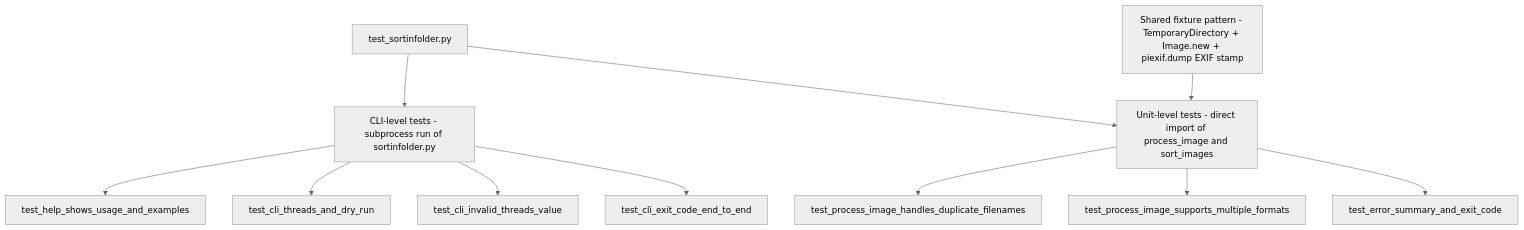
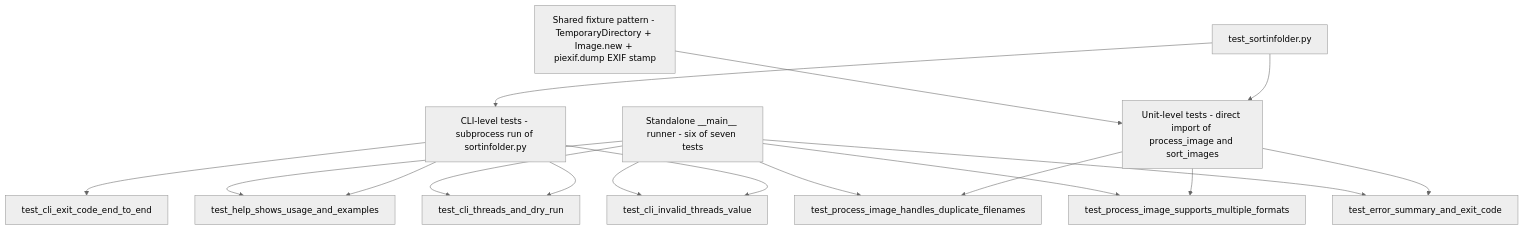
One commit to ulbi/SortImages changed the diagram in openwiki/testing/test-suite.md. Above: the diagram before and after it, drawn with Mermaid (neutral theme). The commit also changed other lines of this file and 16 other files, not shown here.

````diff
--- a/openwiki/testing/test-suite.md
+++ b/openwiki/testing/test-suite.md
@@ -27,13 +27,19 @@
 ```mermaid
 flowchart TD
     T["test_sortinfolder.py"] --> CLI["CLI-level tests - subprocess run of sortinfolder.py"]
     T --> UNIT["Unit-level tests - direct import of process_image and sort_images"]
     FIX["Shared fixture pattern - TemporaryDirectory + Image.new + piexif.dump EXIF stamp"] --> UNIT
     CLI --> HELP["test_help_shows_usage_and_examples"]
     CLI --> DRY["test_cli_threads_and_dry_run"]
     CLI --> INV["test_cli_invalid_threads_value"]
     CLI --> E2E["test_cli_exit_code_end_to_end"]
     UNIT --> DUP["test_process_image_handles_duplicate_filenames"]
     UNIT --> FMT["test_process_image_supports_multiple_formats"]
     UNIT --> ERR["test_error_summary_and_exit_code"]
+    RUN["Standalone __main__ runner - six of seven tests"] --> HELP
+    RUN --> DRY
+    RUN --> INV
+    RUN --> DUP
+    RUN --> FMT
+    RUN --> ERR
 ```
````
